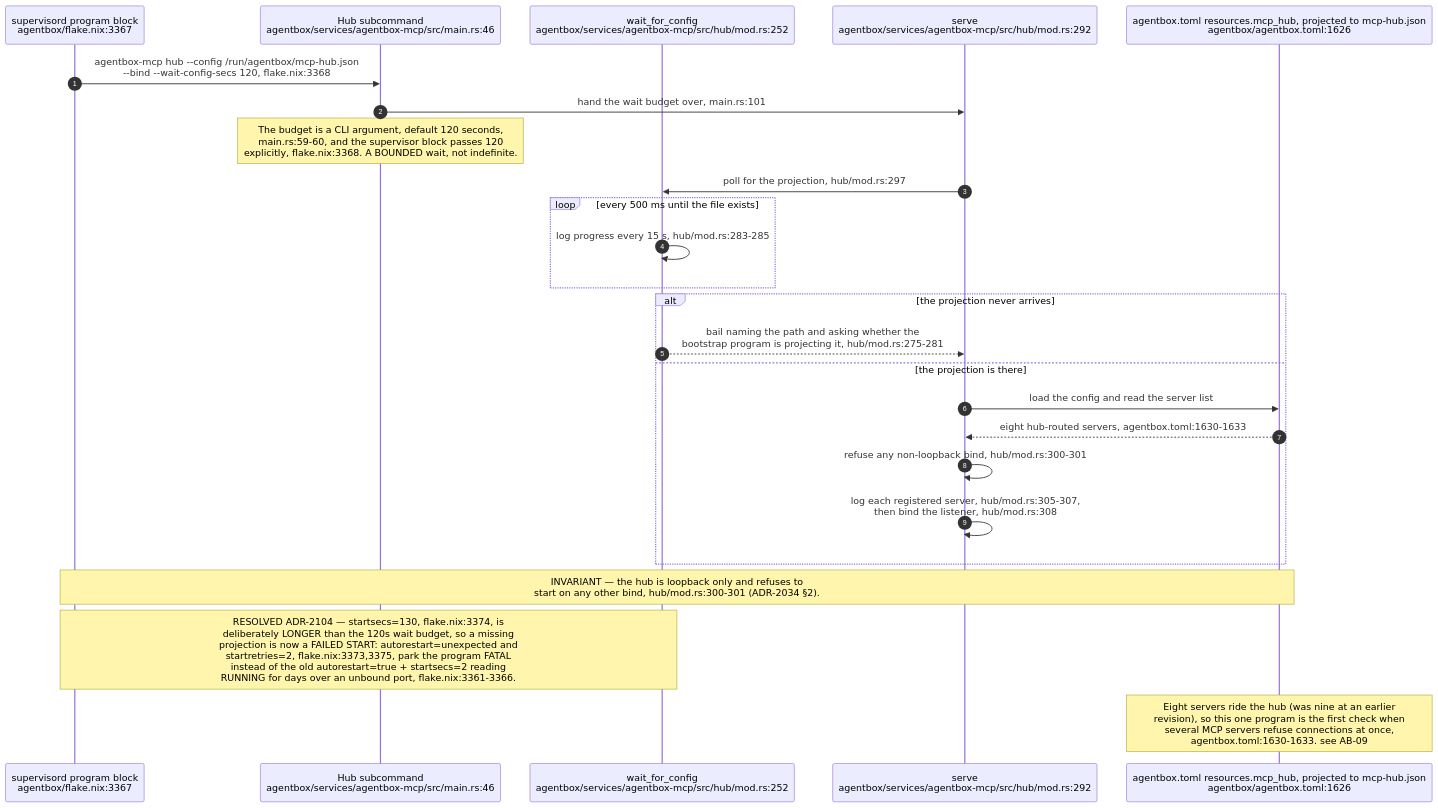
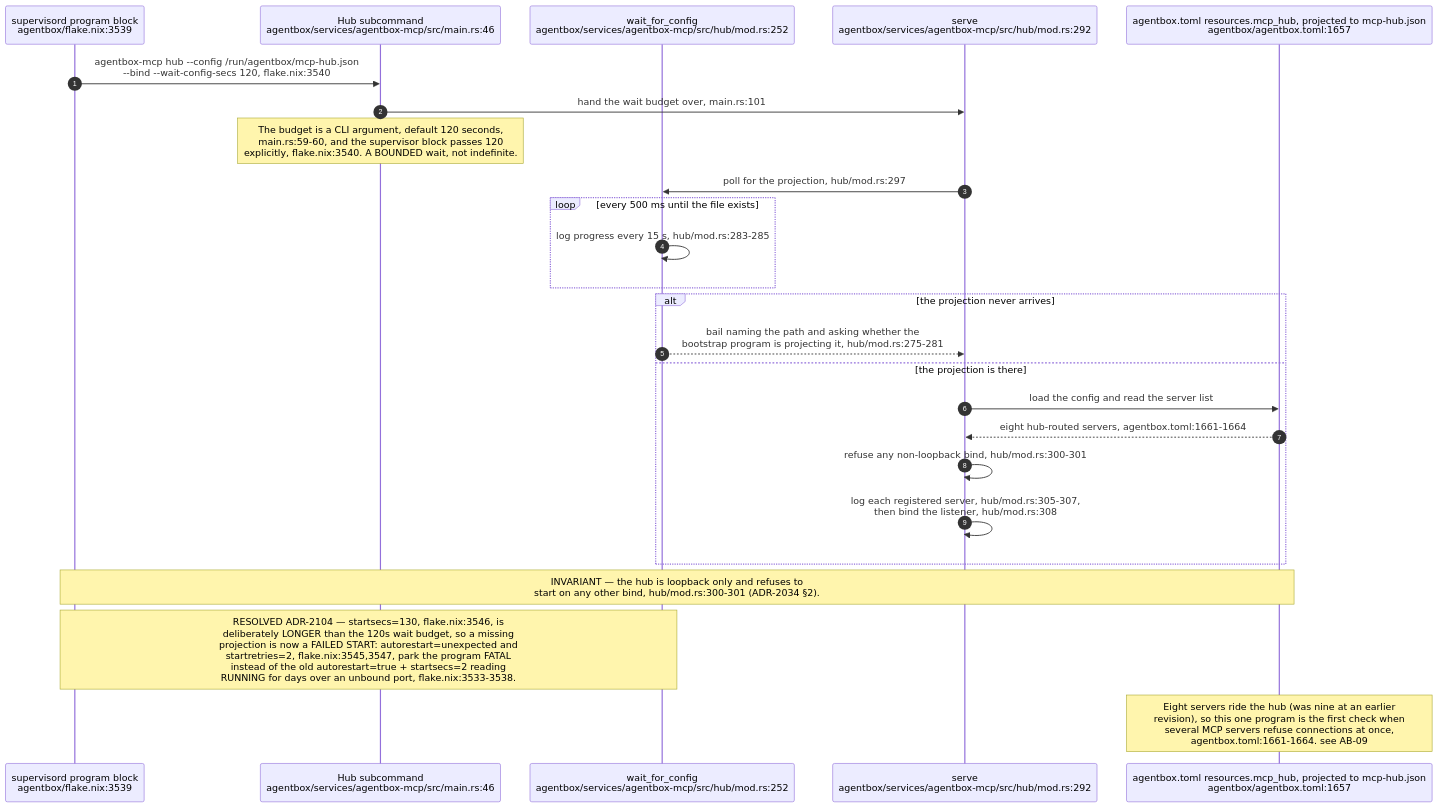
Before and after one commit to DreamLab-AI/VisionFlow: the seventh of 8 diagrams in docs/diagrams/estate/01-estate-topology.md, drawn with Mermaid. The commit also changed other lines of this file and 5 other files, not shown here.

````diff
--- a/docs/diagrams/estate/01-estate-topology.md
+++ b/docs/diagrams/estate/01-estate-topology.md
@@ -311,28 +312,28 @@
 ```mermaid
 sequenceDiagram
     autonumber
-    participant SUP as supervisord program block<br/>agentbox/flake.nix:3367
+    participant SUP as supervisord program block<br/>agentbox/flake.nix:3539
     participant MAIN as Hub subcommand<br/>agentbox/services/agentbox-mcp/src/main.rs:46
     participant WAIT as wait_for_config<br/>agentbox/services/agentbox-mcp/src/hub/mod.rs:252
     participant SERVE as serve<br/>agentbox/services/agentbox-mcp/src/hub/mod.rs:292
-    participant MAN as agentbox.toml resources.mcp_hub, projected to mcp-hub.json<br/>agentbox/agentbox.toml:1626
+    participant MAN as agentbox.toml resources.mcp_hub, projected to mcp-hub.json<br/>agentbox/agentbox.toml:1657
 
-    SUP->>MAIN: agentbox-mcp hub --config /run/agentbox/mcp-hub.json<br/>--bind --wait-config-secs 120, flake.nix:3368
+    SUP->>MAIN: agentbox-mcp hub --config /run/agentbox/mcp-hub.json<br/>--bind --wait-config-secs 120, flake.nix:3540
     MAIN->>SERVE: hand the wait budget over, main.rs:101
-    Note over MAIN: The budget is a CLI argument, default 120 seconds,<br/>main.rs:59-60, and the supervisor block passes 120<br/>explicitly, flake.nix:3368. A BOUNDED wait, not indefinite.
+    Note over MAIN: The budget is a CLI argument, default 120 seconds,<br/>main.rs:59-60, and the supervisor block passes 120<br/>explicitly, flake.nix:3540. A BOUNDED wait, not indefinite.
     SERVE->>WAIT: poll for the projection, hub/mod.rs:297
     loop every 500 ms until the file exists
         WAIT->>WAIT: log progress every 15 s, hub/mod.rs:283-285
     end
     alt the projection never arrives
         WAIT-->>SERVE: bail naming the path and asking whether the<br/>bootstrap program is projecting it, hub/mod.rs:275-281
     else the projection is there
         SERVE->>MAN: load the config and read the server list
-        MAN-->>SERVE: eight hub-routed servers, agentbox.toml:1630-1633
+        MAN-->>SERVE: eight hub-routed servers, agentbox.toml:1661-1664
         SERVE->>SERVE: refuse any non-loopback bind, hub/mod.rs:300-301
         SERVE->>SERVE: log each registered server, hub/mod.rs:305-307,<br/>then bind the listener, hub/mod.rs:308
     end
     Note over SUP,MAN: INVARIANT — the hub is loopback only and refuses to<br/>start on any other bind, hub/mod.rs:300-301 (ADR-2034 §2).
-    Note over SUP,WAIT: RESOLVED ADR-2104 — startsecs=130, flake.nix:3374, is<br/>deliberately LONGER than the 120s wait budget, so a missing<br/>projection is now a FAILED START: autorestart=unexpected and<br/>startretries=2, flake.nix:3373,3375, park the program FATAL<br/>instead of the old autorestart=true + startsecs=2 reading<br/>RUNNING for days over an unbound port, flake.nix:3361-3366.
-    Note over MAN: Eight servers ride the hub (was nine at an earlier<br/>revision), so this one program is the first check when<br/>several MCP servers refuse connections at once,<br/>agentbox.toml:1630-1633. see AB-09
+    Note over SUP,WAIT: RESOLVED ADR-2104 — startsecs=130, flake.nix:3546, is<br/>deliberately LONGER than the 120s wait budget, so a missing<br/>projection is now a FAILED START: autorestart=unexpected and<br/>startretries=2, flake.nix:3545,3547, park the program FATAL<br/>instead of the old autorestart=true + startsecs=2 reading<br/>RUNNING for days over an unbound port, flake.nix:3533-3538.
+    Note over MAN: Eight servers ride the hub (was nine at an earlier<br/>revision), so this one program is the first check when<br/>several MCP servers refuse connections at once,<br/>agentbox.toml:1661-1664. see AB-09
 ```
````
